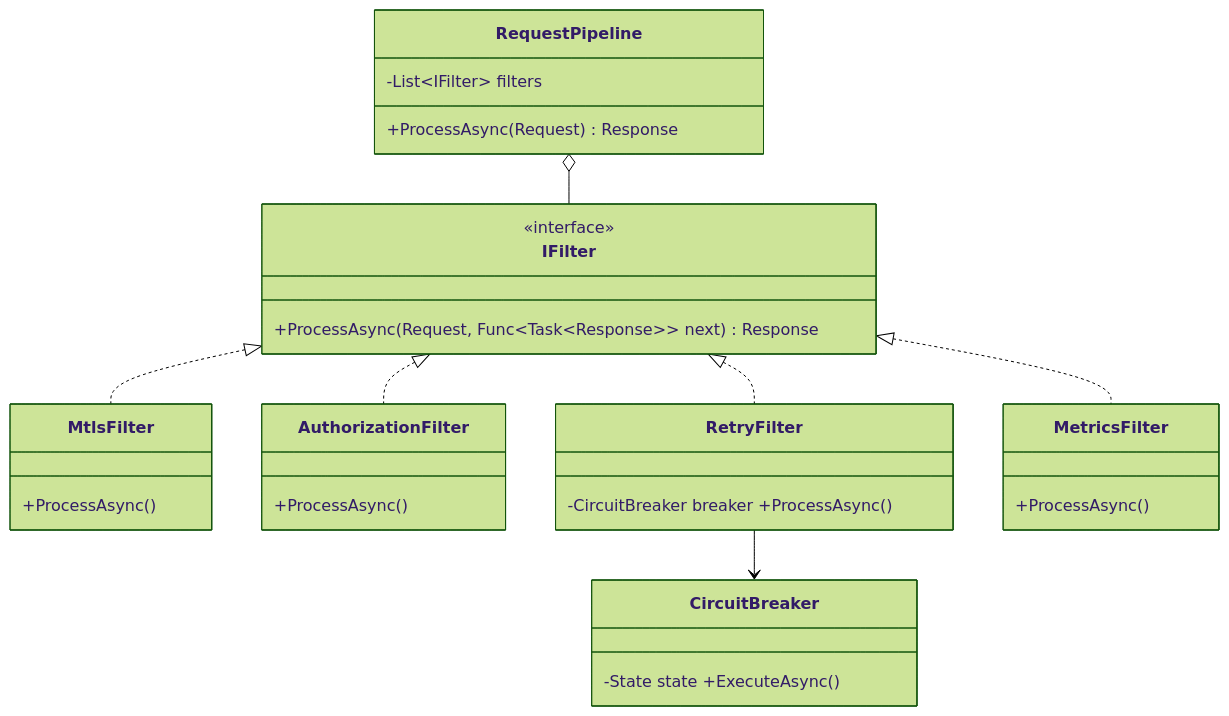
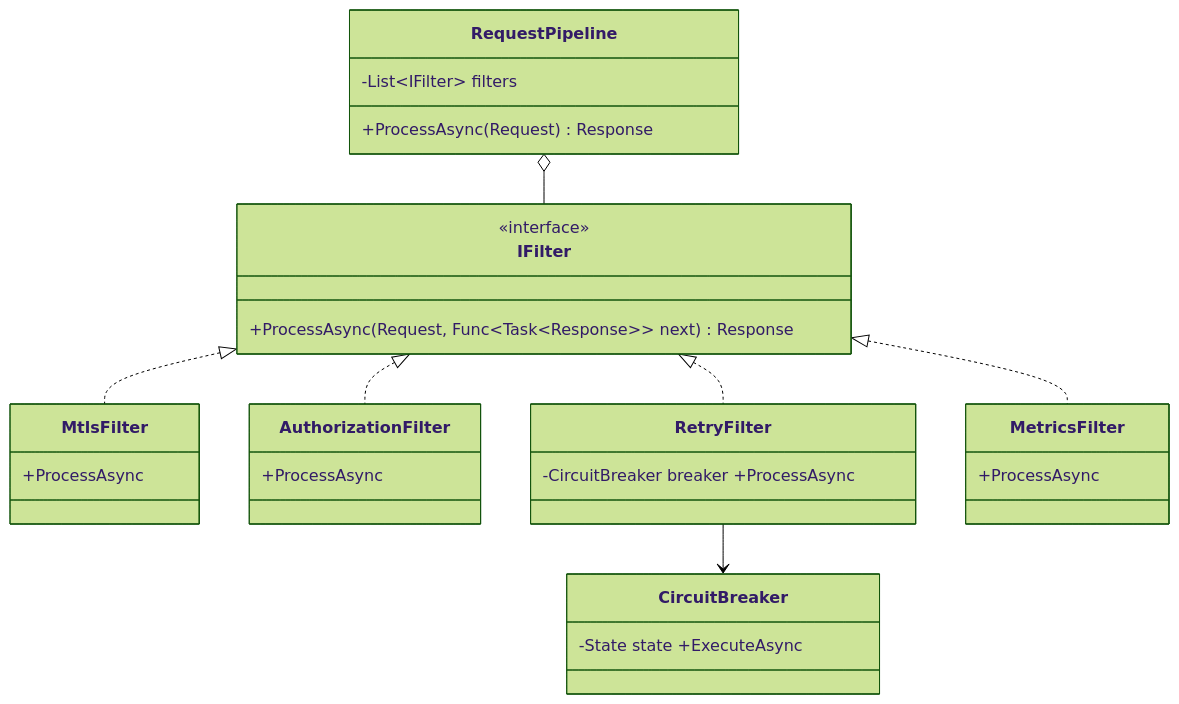
The fourth of 5 diagrams in 23-Kubernetes/07-ServiceMesh-Istio-Linkerd-AdvancedNetworking.md (umashankarp/InterviewQuestions), drawn with Mermaid (forest theme) before and after one commit. The commit also changed other lines of this file and 173 other files, not shown here.

````diff
--- a/23-Kubernetes/07-ServiceMesh-Istio-Linkerd-AdvancedNetworking.md
+++ b/23-Kubernetes/07-ServiceMesh-Istio-Linkerd-AdvancedNetworking.md
@@ -542,23 +542,23 @@
 ```mermaid
 classDiagram
-    class RequestPipeline {
-        -List~IFilter~ filters
-        +ProcessAsync(Request) Response
-    }
-    class IFilter {
-        <<interface>>
-        +ProcessAsync(Request, Func~Task~Response~~ next) Response
-    }
-    class MtlsFilter { +ProcessAsync() }
-    class AuthorizationFilter { +ProcessAsync() }
-    class RetryFilter { -CircuitBreaker breaker +ProcessAsync() }
-    class MetricsFilter { +ProcessAsync() }
-    class CircuitBreaker { -State state +ExecuteAsync() }
+ class RequestPipeline {
+ -List~IFilter~ filters
+ +ProcessAsync(Request) Response
+ }
+ class IFilter {
+ <<interface>>
+ +ProcessAsync(Request, Func~Task~Response~~ next) Response
+ }
+ class MtlsFilter { +ProcessAsync }
+ class AuthorizationFilter { +ProcessAsync }
+ class RetryFilter { -CircuitBreaker breaker +ProcessAsync }
+ class MetricsFilter { +ProcessAsync }
+ class CircuitBreaker { -State state +ExecuteAsync }
 
-    RequestPipeline o-- IFilter
-    IFilter <|.. MtlsFilter
-    IFilter <|.. AuthorizationFilter
-    IFilter <|.. RetryFilter
-    IFilter <|.. MetricsFilter
-    RetryFilter --> CircuitBreaker
+ RequestPipeline o-- IFilter
+ IFilter <|.. MtlsFilter
+ IFilter <|.. AuthorizationFilter
+ IFilter <|.. RetryFilter
+ IFilter <|.. MetricsFilter
+ RetryFilter --> CircuitBreaker
 ```
````
